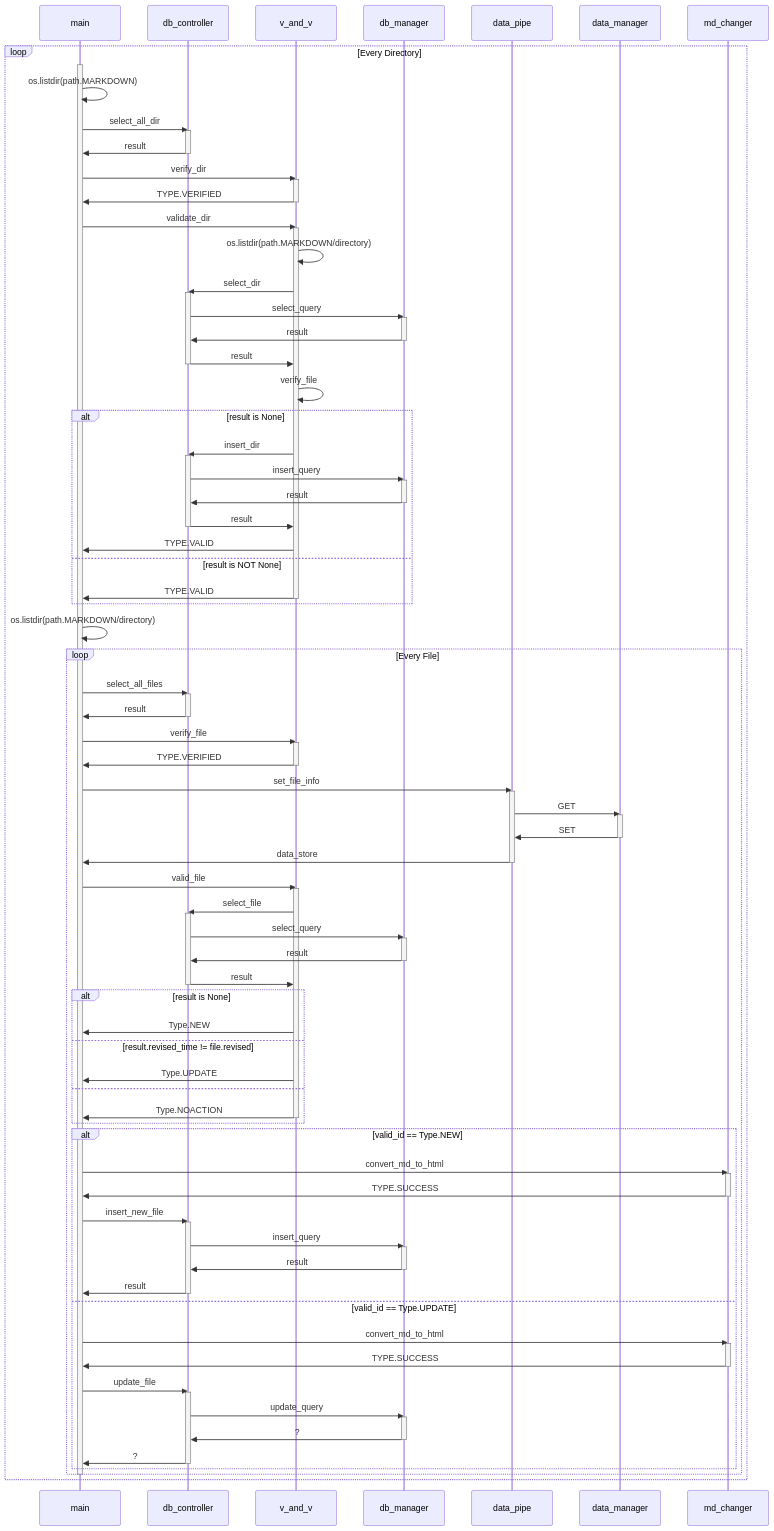
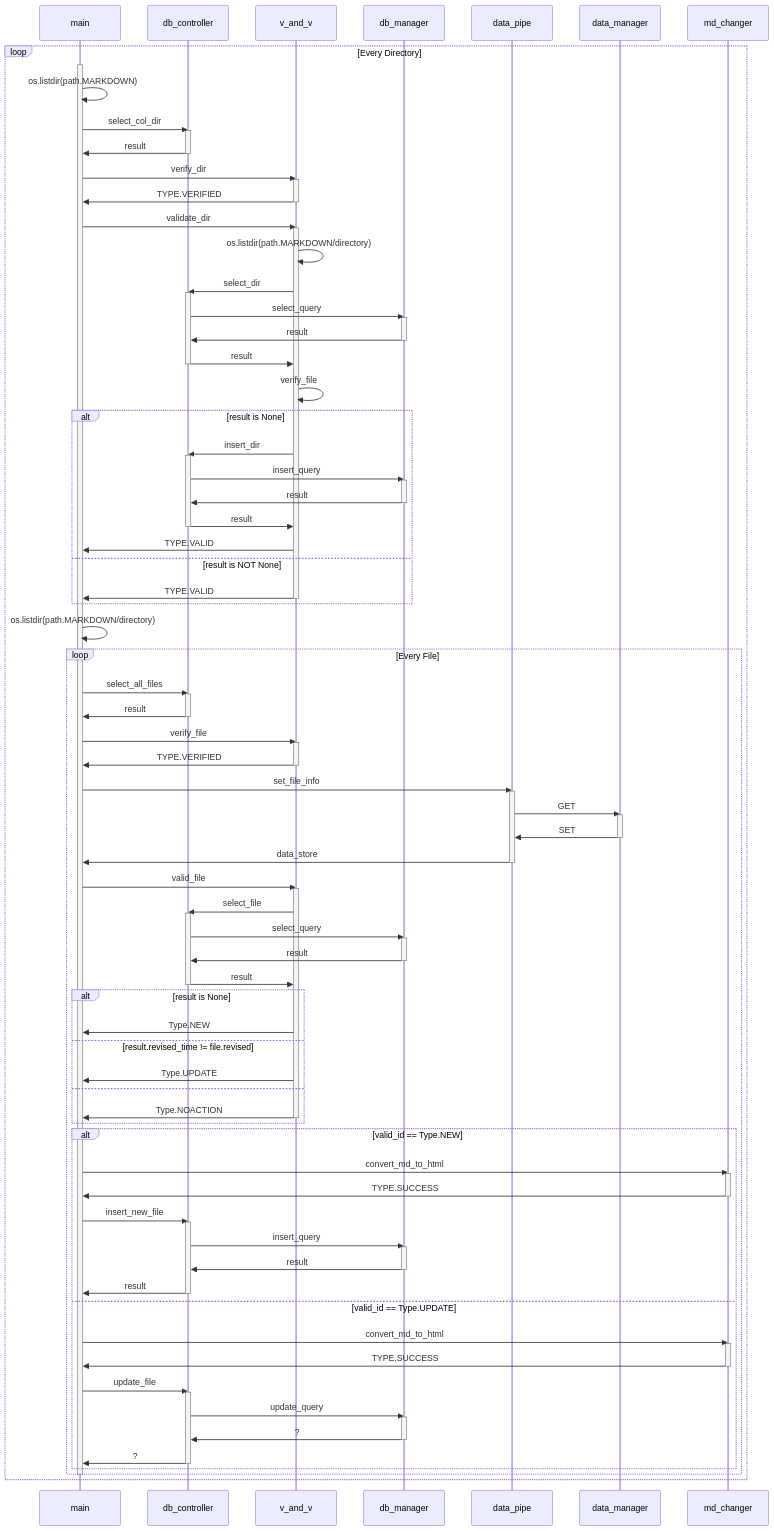
One commit to Eukarya-est/Quasar changed the diagram in README.md. Above: the diagram before and after it, drawn with Mermaid. The commit also changed other lines of this file and 19 other files, not shown here.

```diff
--- a/README.md
+++ b/README.md
@@ -13,7 +13,7 @@
     loop Every Directory
         activate main
         main->>main: os.listdir(path.MARKDOWN)
-        main->>db_controller: select_all_dir
+        main->>db_controller: select_col_dir
         activate db_controller
         db_controller->>main: result
         deactivate db_controller
```
